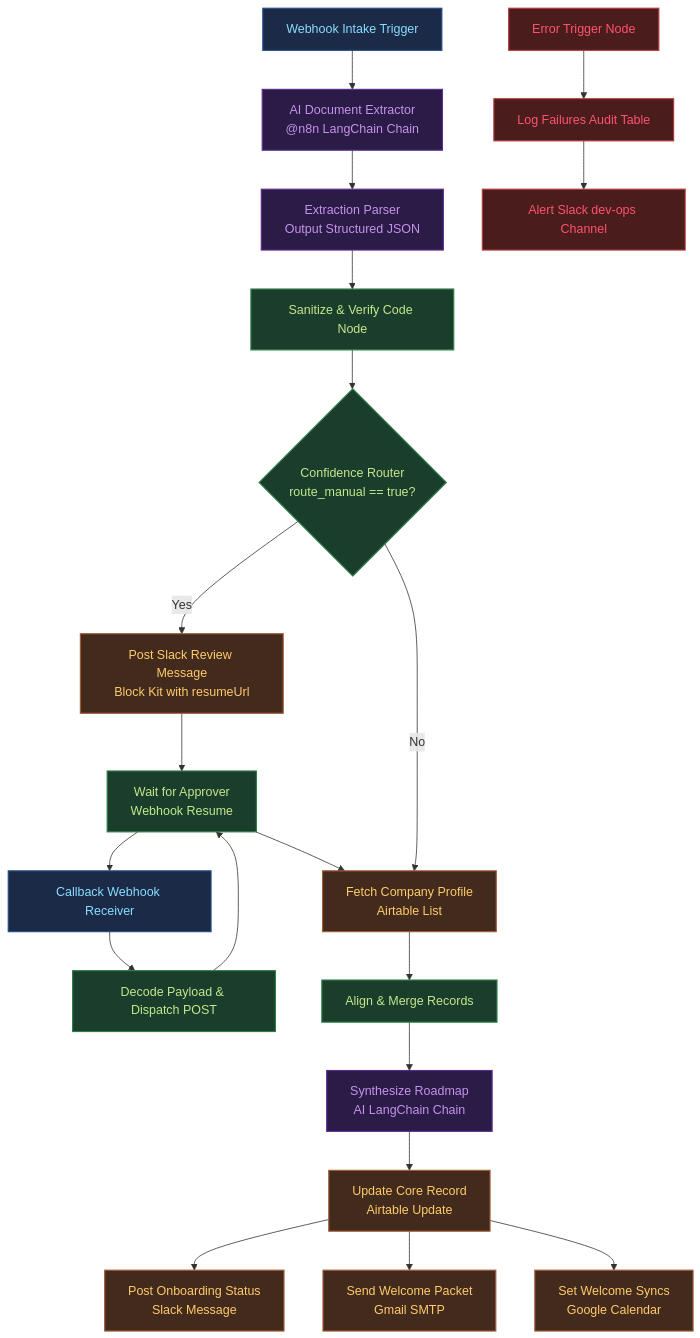
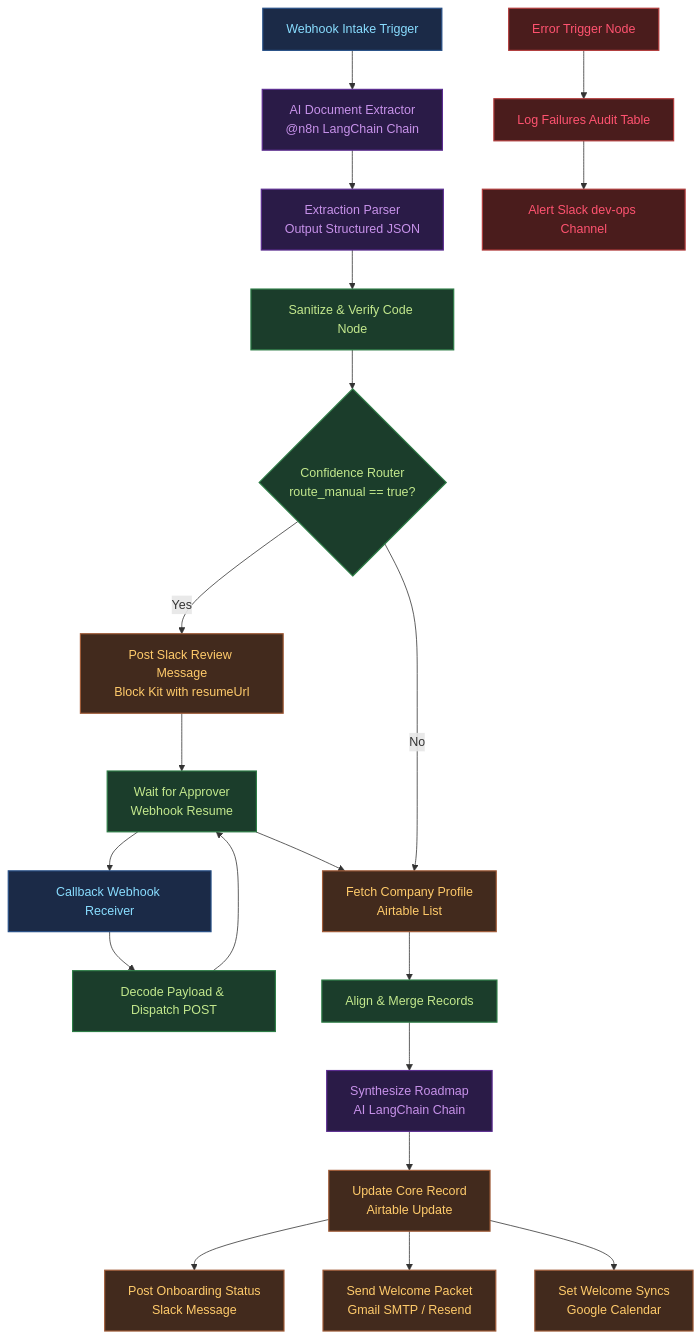
One commit to Ibrahim-Salman19/enterprise-ai-onboarding-automation changed the diagram in starter/design-solution.md. Above: the diagram before and after it, drawn with Mermaid. The commit also changed other lines of this file and 20 other files, not shown here.

````diff
--- a/starter/design-solution.md
+++ b/starter/design-solution.md
@@ -22,39 +22,39 @@
 ```mermaid
 graph TD
     %% Define styles
     classDef default fill:#1e1e24,stroke:#3a3a4a,stroke-width:1px,color:#d4d4d8;
     classDef trigger fill:#1b2a47,stroke:#264f87,stroke-width:1.5px,color:#89ddff;
     classDef ai fill:#2a1b47,stroke:#5c2d91,stroke-width:1.5px,color:#c792ea;
     classDef logic fill:#1b3d2b,stroke:#2d7d46,stroke-width:1.5px,color:#c3e88d;
     classDef ext fill:#422a1d,stroke:#a15c38,stroke-width:1.5px,color:#ffcb6b;
     classDef err fill:#4a1c1c,stroke:#b23b3b,stroke-width:1.5px,color:#ff5370;
 
     %% Nodes
     A[Webhook Intake Trigger]:::trigger --> B[AI Document Extractor<br/>@n8n LangChain Chain]:::ai
     B --> C[Extraction Parser<br/>Output Structured JSON]:::ai
     C --> D[Sanitize & Verify Code Node]:::logic
     D --> E{Confidence Router<br/>route_manual == true?}:::logic
     
     %% Manual Path
     E -- Yes --> F[Post Slack Review Message<br/>Block Kit with resumeUrl]:::ext
     F --> G[Wait for Approver<br/>Webhook Resume]:::logic
     G --> H[Callback Webhook Receiver]:::trigger
     H --> I[Decode Payload & Dispatch POST]:::logic
     I --> G
     G --> J[Fetch Company Profile<br/>Airtable List]:::ext
 
     %% Automated Path
     E -- No --> J
     
     %% Post-intake flow
     J --> K[Align & Merge Records]:::logic
     K --> L[Synthesize Roadmap<br/>AI LangChain Chain]:::ai
     L --> M[Update Core Record<br/>Airtable Update]:::ext
     M --> N[Post Onboarding Status<br/>Slack Message]:::ext
-    M --> O[Send Welcome Packet<br/>Gmail SMTP]:::ext
+    M --> O[Send Welcome Packet<br/>Gmail SMTP / Resend]:::ext
     M --> P[Set Welcome Syncs<br/>Google Calendar]:::ext
 
     %% Error handler
     GlobalError[Error Trigger Node]:::err --> LogFail[Log Failures Audit Table]:::err
     LogFail --> NotifyEng[Alert Slack dev-ops Channel]:::err
 ```
````
